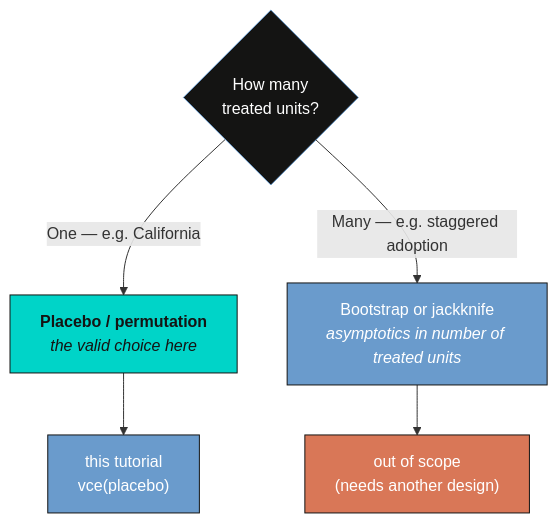
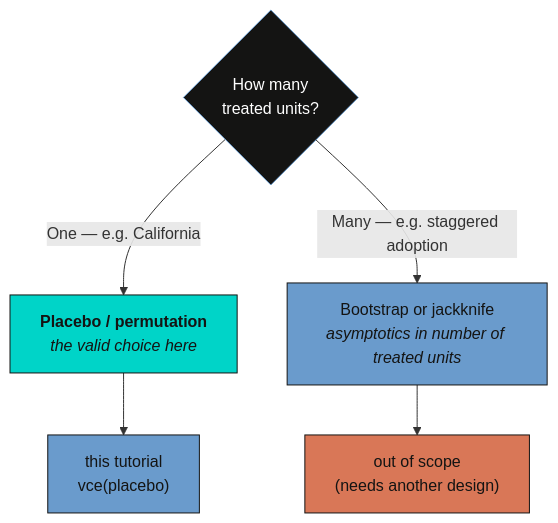
One commit to cmg777/starter-academic-v501 changed the third of 3 diagrams in content/post/stata_sdid/index.md. Above: the diagram before and after it, drawn with Mermaid. The commit also changed other lines of this file and 67 other files, not shown here.

First line of the commit message:
fix(mermaid): readable diagram text in both themes across the site

````diff
--- a/content/post/stata_sdid/index.md
+++ b/content/post/stata_sdid/index.md
@@ -471,13 +471,14 @@
 ```mermaid
 graph TD
     Q{"How many<br/>treated units?"}
     Q -->|"One — e.g. California"| PL["<b>Placebo / permutation</b><br/><i>the valid choice here</i>"]
     Q -->|"Many — e.g. staggered adoption"| BJ["Bootstrap or jackknife<br/><i>asymptotics in number of treated units</i>"]
     PL --> THIS["this tutorial<br/>vce(placebo)"]
     BJ --> OOS["out of scope<br/>(needs another design)"]
-    style Q fill:#141413,stroke:#6a9bcc,color:#fff
+    classDef sty_Q fill:#141413,stroke:#6a9bcc,color:#fff
+    class Q sty_Q
     style PL fill:#00d4c8,stroke:#141413,color:#141413
-    style THIS fill:#6a9bcc,stroke:#141413,color:#fff
-    style BJ fill:#6a9bcc,stroke:#141413,color:#fff
-    style OOS fill:#d97757,stroke:#141413,color:#fff
+    style THIS fill:#6a9bcc,stroke:#141413,color:#141413
+    style BJ fill:#6a9bcc,stroke:#141413,color:#141413
+    style OOS fill:#d97757,stroke:#141413,color:#141413
 ```
````
